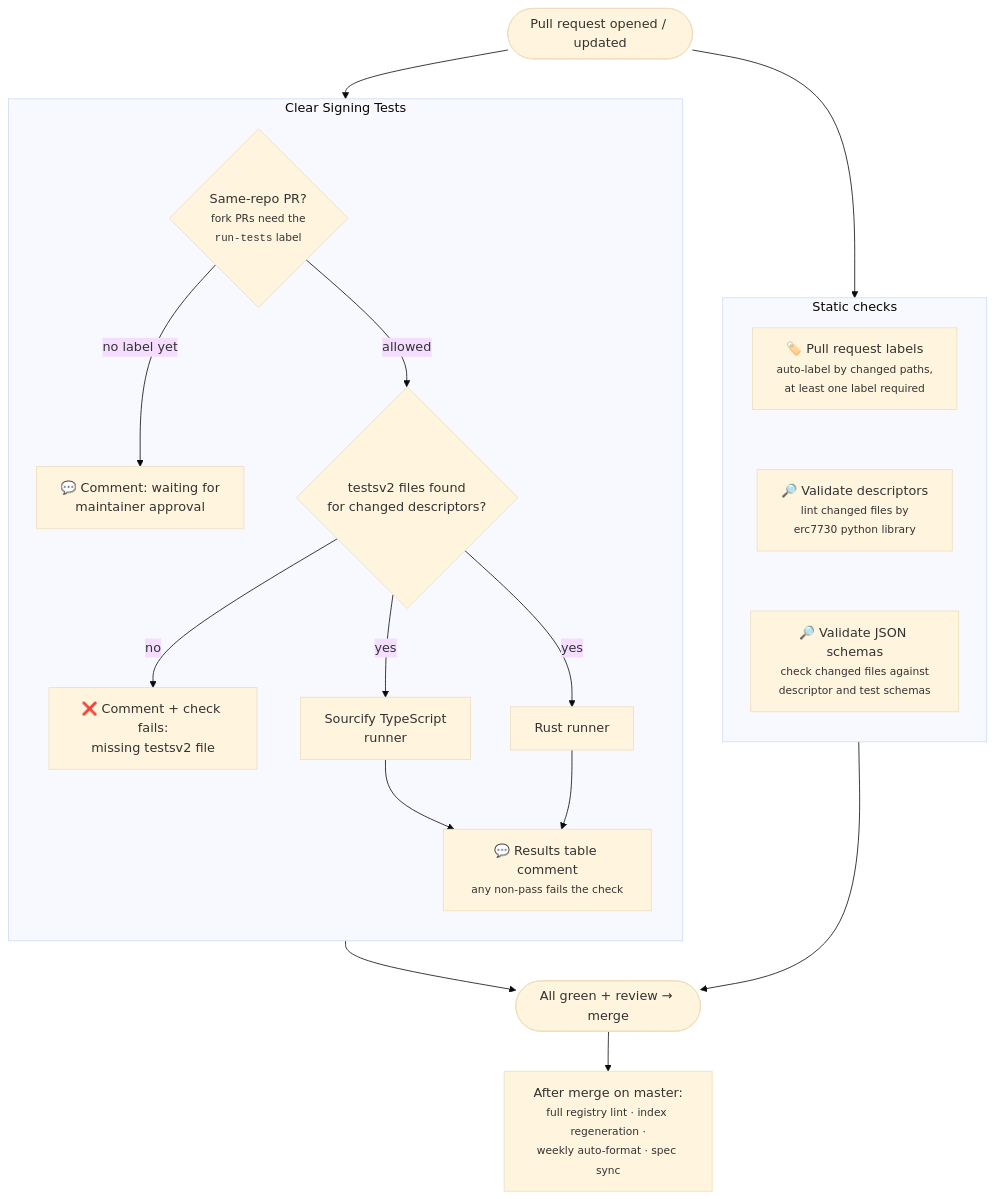
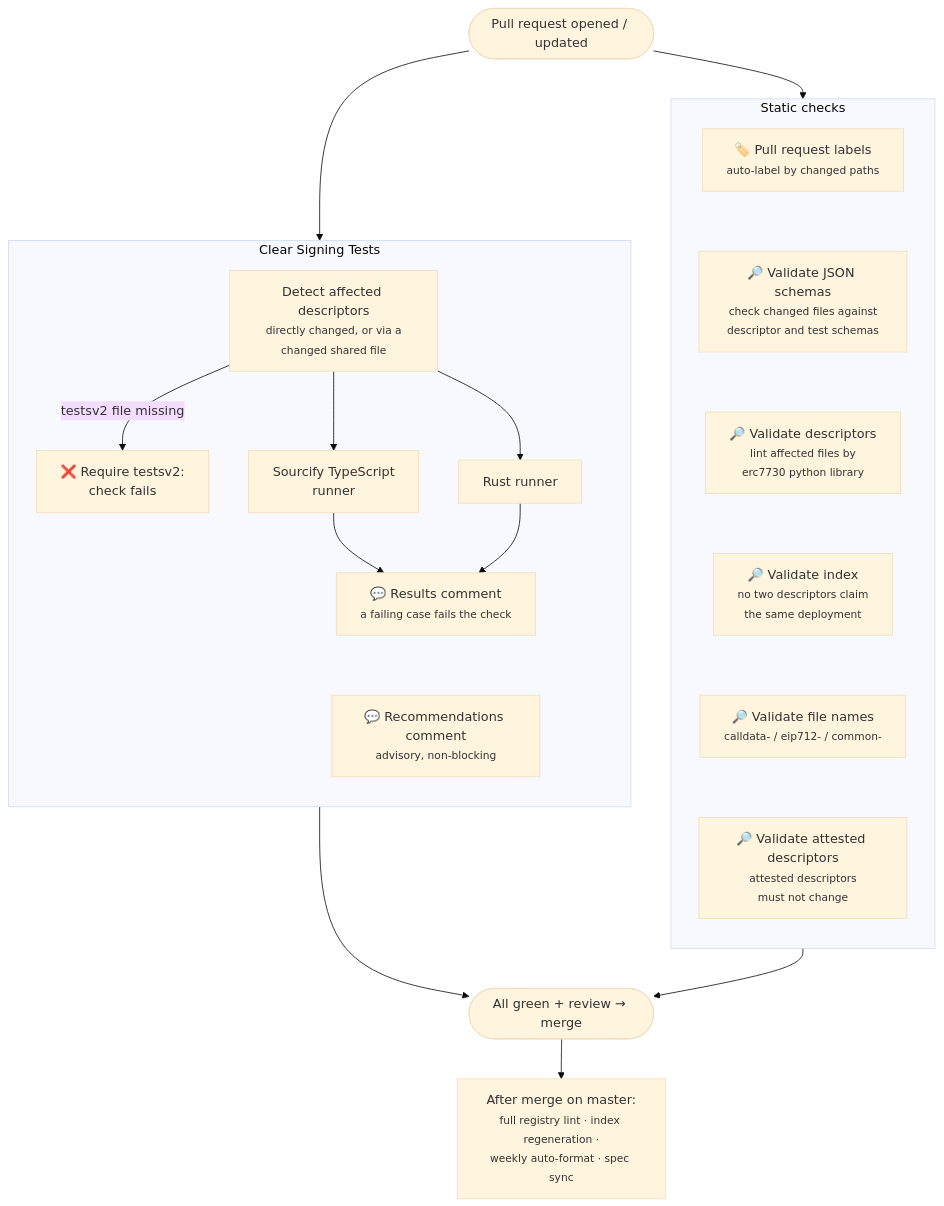
Before and after one commit to sourcifyeth/clear-signing-docs: the diagram in docs/registry/ci-checks.md, drawn with Mermaid (base theme). The commit also changed other lines of this file and 1 other file, not shown here.

````diff
--- a/docs/registry/ci-checks.md
+++ b/docs/registry/ci-checks.md
@@ -12,31 +12,32 @@
 ```mermaid
 flowchart TD
     PR([Pull request opened / updated])
 
     subgraph static ["Static checks"]
         direction TB
-        LBL["🏷️ Pull request labels<br/><small>auto-label by changed paths,<br/>at least one label required</small>"]
-        DESC["🔎 Validate descriptors<br/><small>lint changed files by<br/>erc7730 python library</small>"]
+        LBL["🏷️ Pull request labels<br/><small>auto-label by changed paths</small>"]
         SCHEMA["🔎 Validate JSON schemas<br/><small>check changed files against<br/>descriptor and test schemas</small>"]
-        LBL ~~~ DESC ~~~ SCHEMA
+        DESC["🔎 Validate descriptors<br/><small>lint affected files by<br/>erc7730 python library</small>"]
+        IDX["🔎 Validate index<br/><small>no two descriptors claim<br/>the same deployment</small>"]
+        NAMES["🔎 Validate file names<br/><small>calldata- / eip712- / common-</small>"]
+        ATT["🔎 Validate attested descriptors<br/><small>attested descriptors<br/>must not change</small>"]
+        LBL ~~~ SCHEMA ~~~ DESC ~~~ IDX ~~~ NAMES ~~~ ATT
     end
 
     subgraph tests ["Clear Signing Tests"]
         direction TB
-        GATE{"Same-repo PR?<br/><small>fork PRs need the<br/><code>run-tests</code> label</small>"}
-        GATE -- "no label yet" --> WAIT["💬 Comment: waiting for<br/>maintainer approval"]
-        GATE -- "allowed" --> DETECT{"testsv2 files found<br/>for changed descriptors?"}
-        DETECT -- "no" --> MISSING["❌ Comment + check fails:<br/>missing testsv2 file"]
-        DETECT -- "yes" --> RUNTS["Sourcify TypeScript<br/>runner"]
-        DETECT -- "yes" --> RUNRS["Rust runner"]
-        RUNTS --> RESULTS["💬 Results table comment<br/><small>any non-pass fails the check</small>"]
+        DETECT["Detect affected descriptors<br/><small>directly changed, or via a<br/>changed shared file</small>"]
+        DETECT -- "testsv2 file missing" --> MISSING["❌ Require testsv2:<br/>check fails"]
+        DETECT --> RUNTS["Sourcify TypeScript<br/>runner"]
+        DETECT --> RUNRS["Rust runner"]
+        RUNTS --> RESULTS["💬 Results comment<br/><small>a failing case fails the check</small>"]
         RUNRS --> RESULTS
+        RESULTS ~~~ REC["💬 Recommendations comment<br/><small>advisory, non-blocking</small>"]
     end
 
     PR --> LBL
-    PR --> GATE
+    PR --> DETECT
     RESULTS --> MERGE([All green + review → merge])
-    SCHEMA ~~~ MERGE
     static --> MERGE
     MERGE --> POST["After merge on master:<br/><small>full registry lint · index regeneration ·<br/>weekly auto-format · spec sync</small>"]
 ```
````
